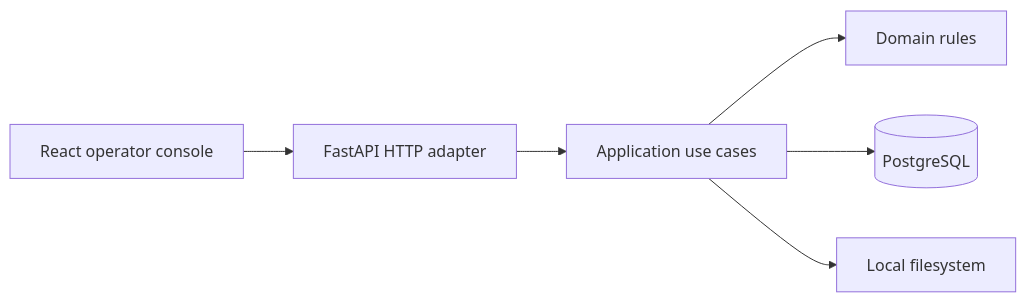
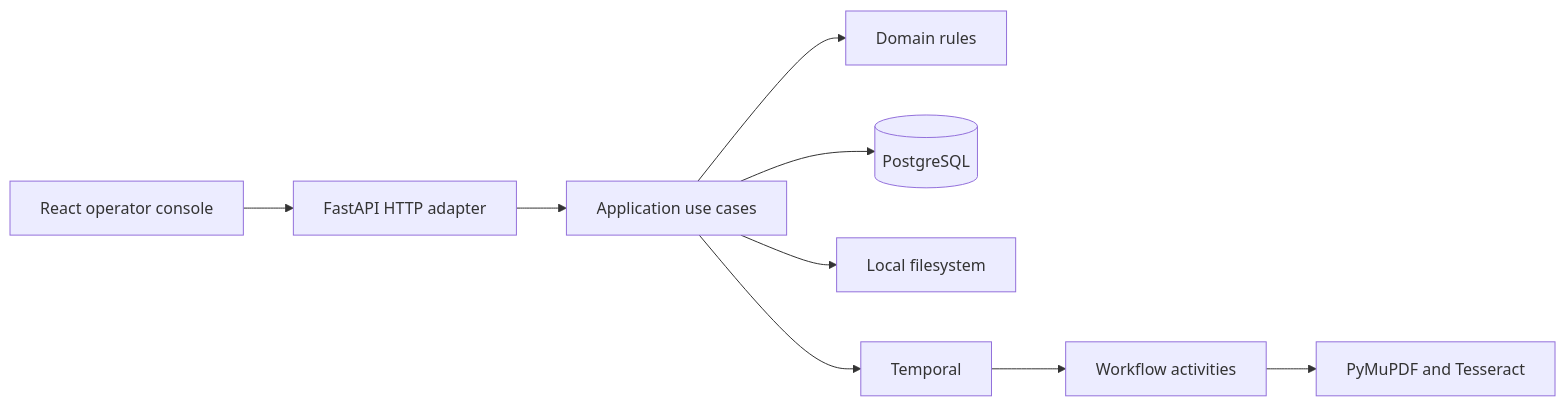
One commit to PietroRussoD/ai-document-processing-platform changed the first of 11 diagrams in docs/architecture.md. Above: the diagram before and after it, drawn with Mermaid. The commit also changed other lines of this file and 25 other files, not shown here.

````diff
--- a/docs/architecture.md
+++ b/docs/architecture.md
@@ -13,8 +14,11 @@
 ```mermaid
 flowchart LR
     Console[React operator console] --> API[FastAPI HTTP adapter]
     API --> Application[Application use cases]
     Application --> Domain[Domain rules]
     Application --> PostgreSQL[(PostgreSQL)]
     Application --> Storage[Local filesystem]
+    Application --> Temporal[Temporal]
+    Temporal --> Worker[Workflow activities]
+    Worker --> Text[PyMuPDF and Tesseract]
 ```
````
